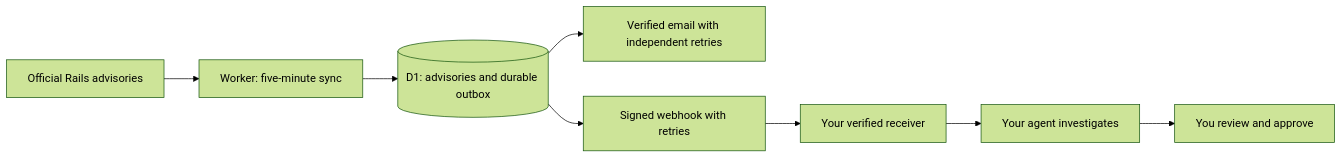
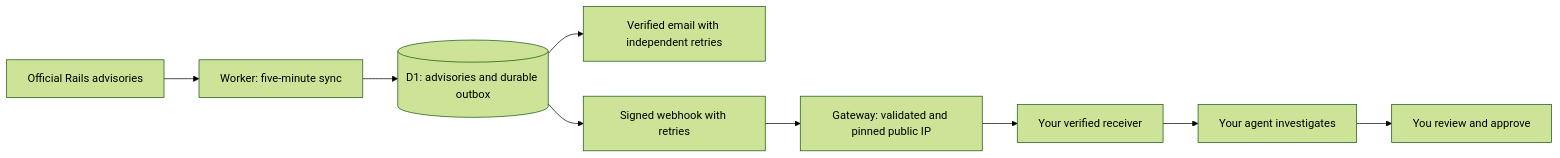
Before and after one commit to aviflombaum/rails-cve: the diagram in README.md, drawn with Mermaid (forest theme). The commit also changed other lines of this file and 22 other files, not shown here.

````diff
--- a/README.md
+++ b/README.md
@@ -143,10 +145,11 @@
 ```mermaid
 flowchart LR
   A[Official Rails advisories] --> B[Worker: five-minute sync]
   B --> C[(D1: advisories and durable outbox)]
   C --> M[Verified email with independent retries]
   C --> D[Signed webhook with retries]
-  D --> E[Your verified receiver]
+  D --> P[Gateway: validated and pinned public IP]
+  P --> E[Your verified receiver]
   E --> F[Your agent investigates]
   F --> G[You review and approve]
 ```
````
